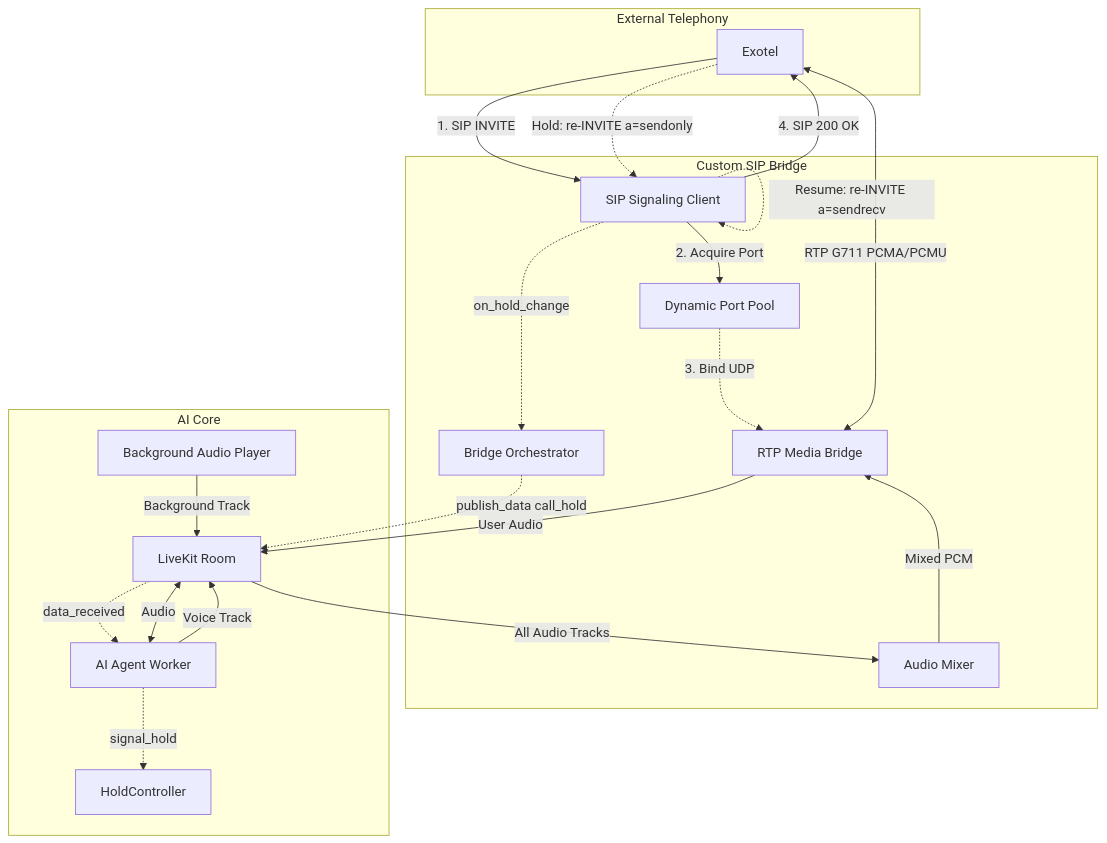
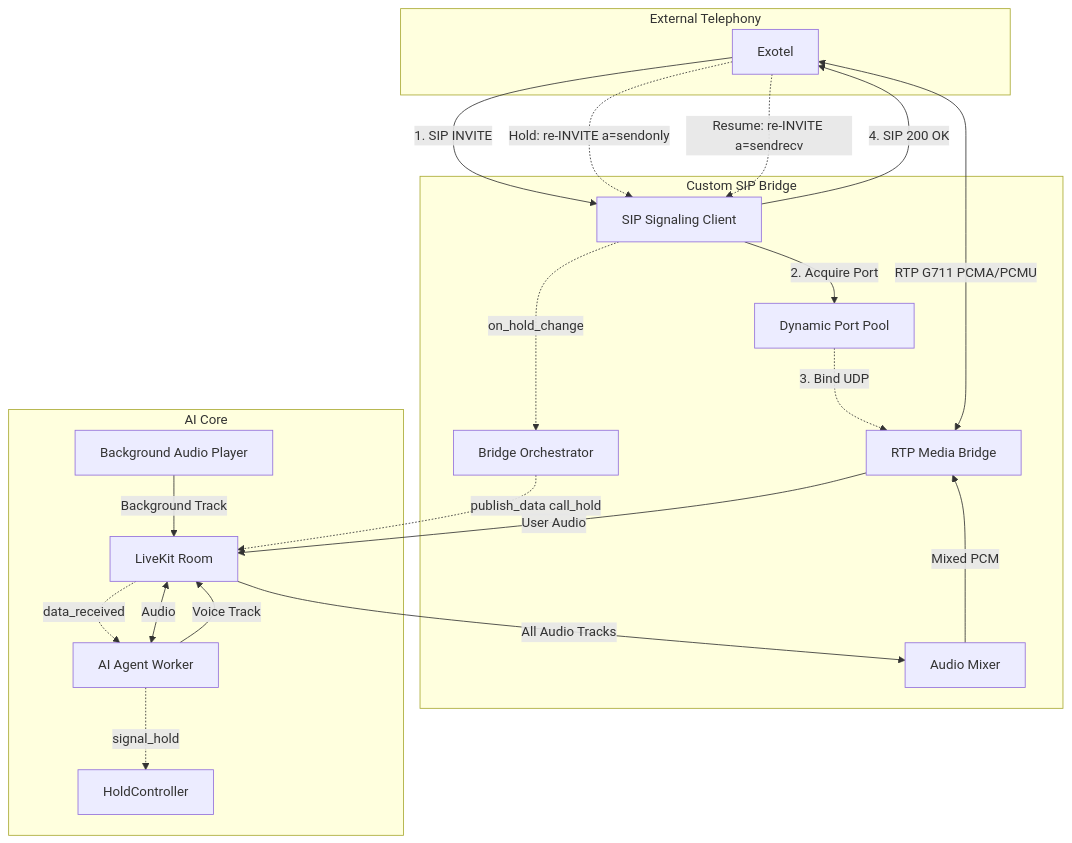
Before and after one commit to ShubhamX-AI/api_livekit: the third of 5 diagrams in docs/architecture/call-flows.md, drawn with Mermaid. The commit also changed other lines of this file and 25 other files, not shown here.

````diff
--- a/docs/architecture/call-flows.md
+++ b/docs/architecture/call-flows.md
@@ -125,40 +139,40 @@
 ```mermaid
 graph TD
     subgraph External Telephony
         Exo[Exotel]
     end
 
     subgraph Custom SIP Bridge
         SIP[SIP Signaling Client]
         RTP[RTP Media Bridge]
         Mixer[Audio Mixer]
         Port[Dynamic Port Pool]
         Bridge[Bridge Orchestrator]
     end
 
     subgraph AI Core
         LKR[LiveKit Room]
         Agent[AI Agent Worker]
         BG[Background Audio Player]
         HC[HoldController]
     end
 
     Exo -->|1. SIP INVITE| SIP
     SIP -->|2. Acquire Port| Port
     Port -.->|3. Bind UDP| RTP
     SIP -->|4. SIP 200 OK| Exo
     Exo -.->|Hold: re-INVITE a=sendonly| SIP
-    SIP -.->|Resume: re-INVITE a=sendrecv| SIP
+    Exo -.->|Resume: re-INVITE a=sendrecv| SIP
     SIP -.->|on_hold_change| Bridge
     Bridge -.->|publish_data call_hold| LKR
     LKR -.->|data_received| Agent
     Agent -.->|signal_hold| HC
 
     Exo <-->|RTP G711 PCMA/PCMU| RTP
     Agent -->|Voice Track| LKR
     BG -->|Background Track| LKR
     LKR -->|All Audio Tracks| Mixer
     Mixer -->|Mixed PCM| RTP
     RTP -->|User Audio| LKR
     LKR <-->|Audio| Agent
 ```
````
